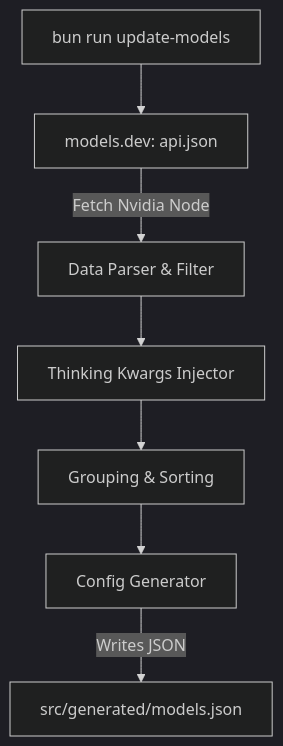
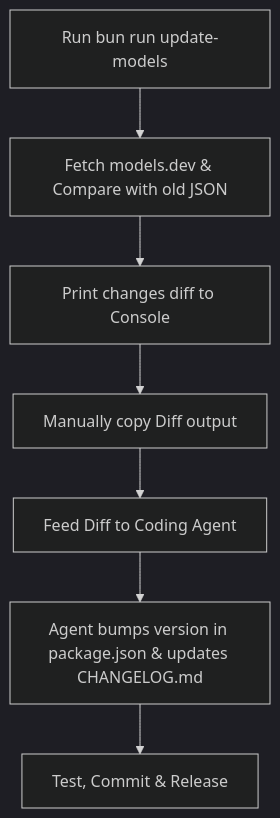
One commit to fangwangme/pi-nvidia-adapter changed the diagram in docs/specs/models-auto-update.md. Above: the diagram before and after it, drawn with Mermaid (dark theme). The commit also changed other lines of this file, not shown here.

Commit message:
docs: restructure spec to describe step-by-step update and release workflow

````diff
--- a/docs/specs/models-auto-update.md
+++ b/docs/specs/models-auto-update.md
@@ -17,9 +9,9 @@
 ```mermaid
 graph TD
-    A[bun run update-models] --> B[models.dev: api.json]
-    B -->|Fetch Nvidia Node| C[Data Parser & Filter]
-    C --> D[Thinking Kwargs Injector]
-    D --> E[Grouping & Sorting]
-    E --> F[Config Generator]
-    F -->|Writes JSON| G[src/generated/models.json]
+    A[Run bun run update-models] --> B[Fetch models.dev & Compare with old JSON]
+    B --> C[Print changes diff to Console]
+    C --> D[Manually copy Diff output]
+    D --> E[Feed Diff to Coding Agent]
+    E --> F[Agent bumps version in package.json & updates CHANGELOG.md]
+    F --> G[Test, Commit & Release]
 ```
````
